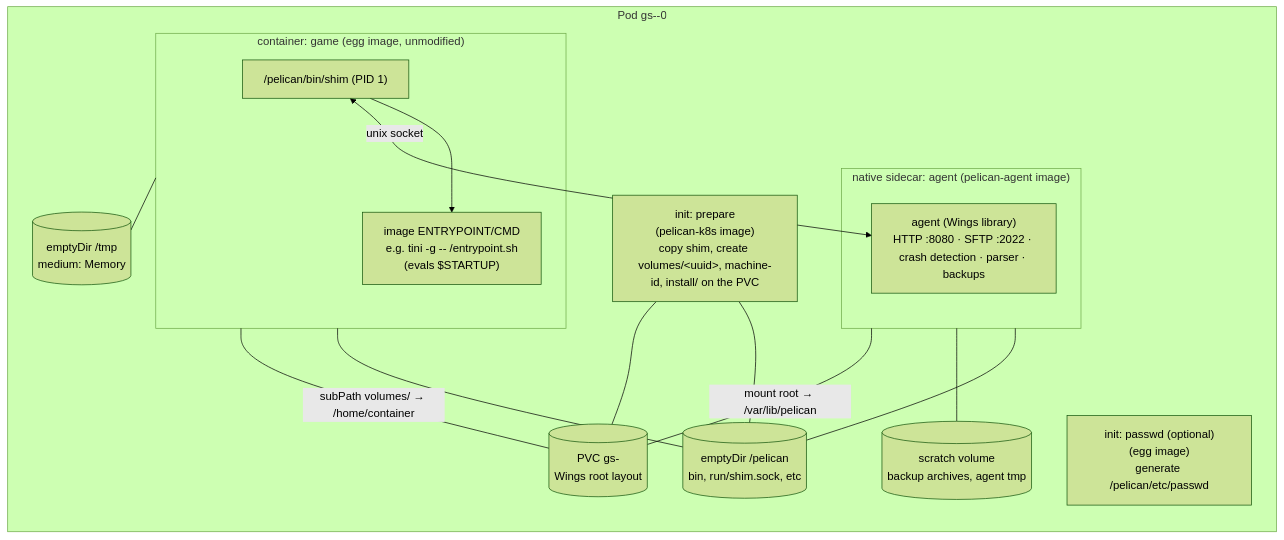
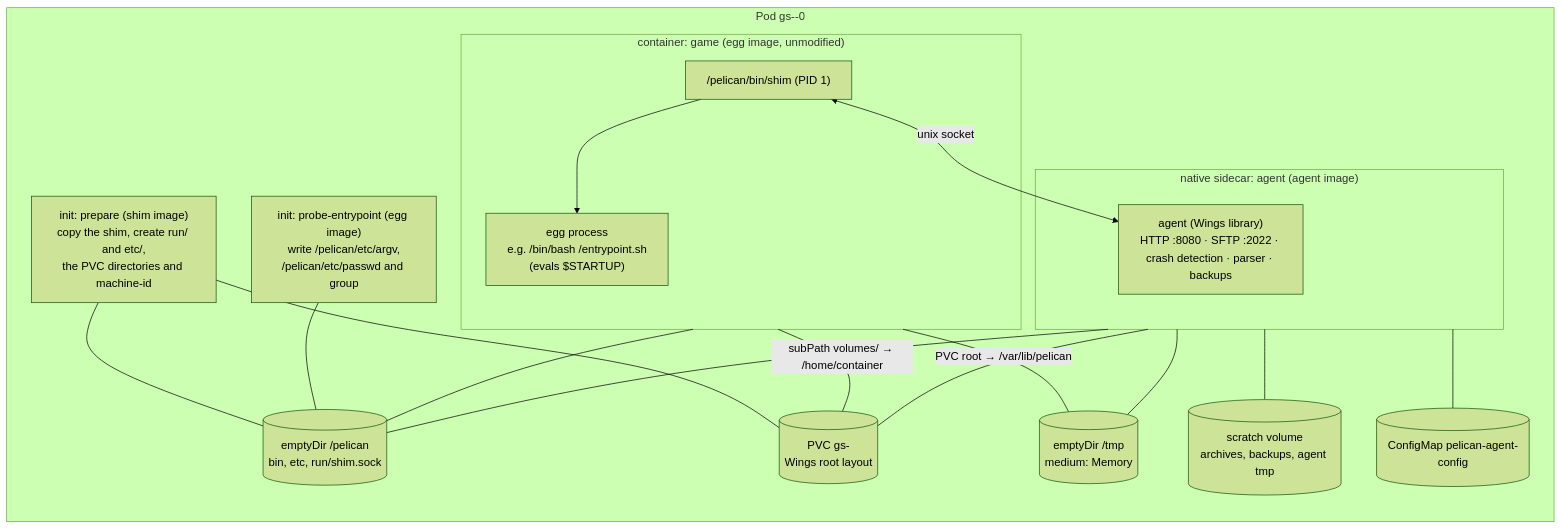
Before and after one commit to Claiyc/pelican-k8s: the third of 5 diagrams in ARCHITECTURE.md, drawn with Mermaid (forest theme). The commit also changed other lines of this file and 57 other files, not shown here.

````diff
--- a/ARCHITECTURE.md
+++ b/ARCHITECTURE.md
@@ -343,24 +336,26 @@
 ```mermaid
 flowchart TB
   subgraph Pod["Pod gs-<uuid>-0"]
     direction TB
-    I1["init: prepare<br/>(pelican-k8s image)<br/>copy shim, create volumes/&lt;uuid&gt;, machine-id, install/ on the PVC"]
-    I2["init: passwd (optional)<br/>(egg image)<br/>generate /pelican/etc/passwd"]
-    subgraph A["native sidecar: agent (pelican-agent image)"]
+    I1["init: prepare (shim image)<br/>copy the shim, create run/ and etc/,<br/>the PVC directories and machine-id"]
+    I2["init: probe-entrypoint (egg image)<br/>write /pelican/etc/argv,<br/>/pelican/etc/passwd and group"]
+    subgraph A["native sidecar: agent (agent image)"]
       W["agent (Wings library)<br/>HTTP :8080 · SFTP :2022 · crash detection · parser · backups"]
     end
     subgraph G["container: game (egg image, unmodified)"]
-      SH["/pelican/bin/shim (PID 1)"] --> EP["image ENTRYPOINT/CMD<br/>e.g. tini -g -- /entrypoint.sh<br/>(evals $STARTUP)"]
+      SH["/pelican/bin/shim (PID 1)"] --> EP["egg process<br/>e.g. /bin/bash /entrypoint.sh<br/>(evals $STARTUP)"]
     end
-    V1[("emptyDir /pelican<br/>bin, run/shim.sock, etc")]
+    V1[("emptyDir /pelican<br/>bin, etc, run/shim.sock")]
     V2[("PVC gs-<uuid><br/>Wings root layout")]
     V3[("emptyDir /tmp<br/>medium: Memory")]
-    V4[("scratch volume<br/>backup archives, agent tmp")]
+    V4[("scratch volume<br/>archives, backups, agent tmp")]
+    V5[("ConfigMap pelican-agent-config")]
   end
   SH <-- "unix socket" --> W
   G --- V1 & V3
-  A --- V1 & V4
+  A --- V1 & V3 & V4 & V5
   I1 --- V1 & V2
+  I2 --- V1
   G -- "subPath volumes/<uuid> → /home/container" --- V2
-  A -- "mount root → /var/lib/pelican" --- V2
+  A -- "PVC root → /var/lib/pelican" --- V2
 ```
````
